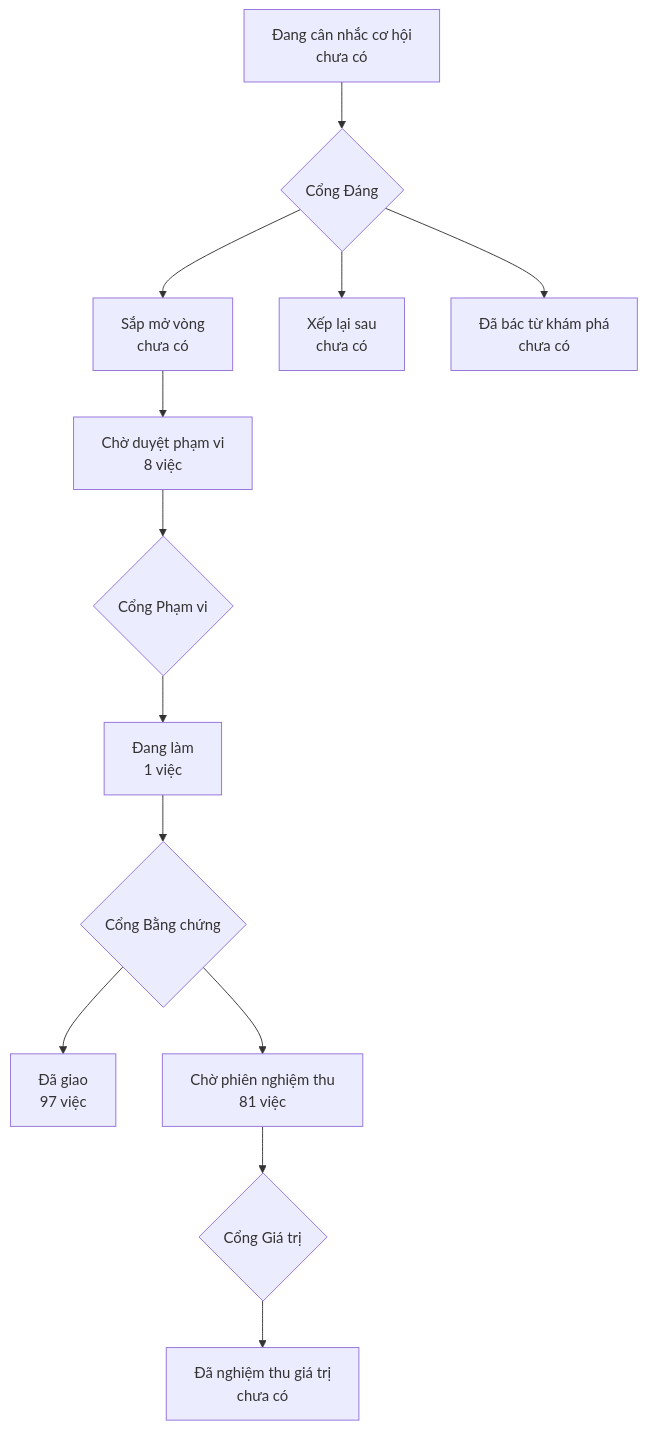
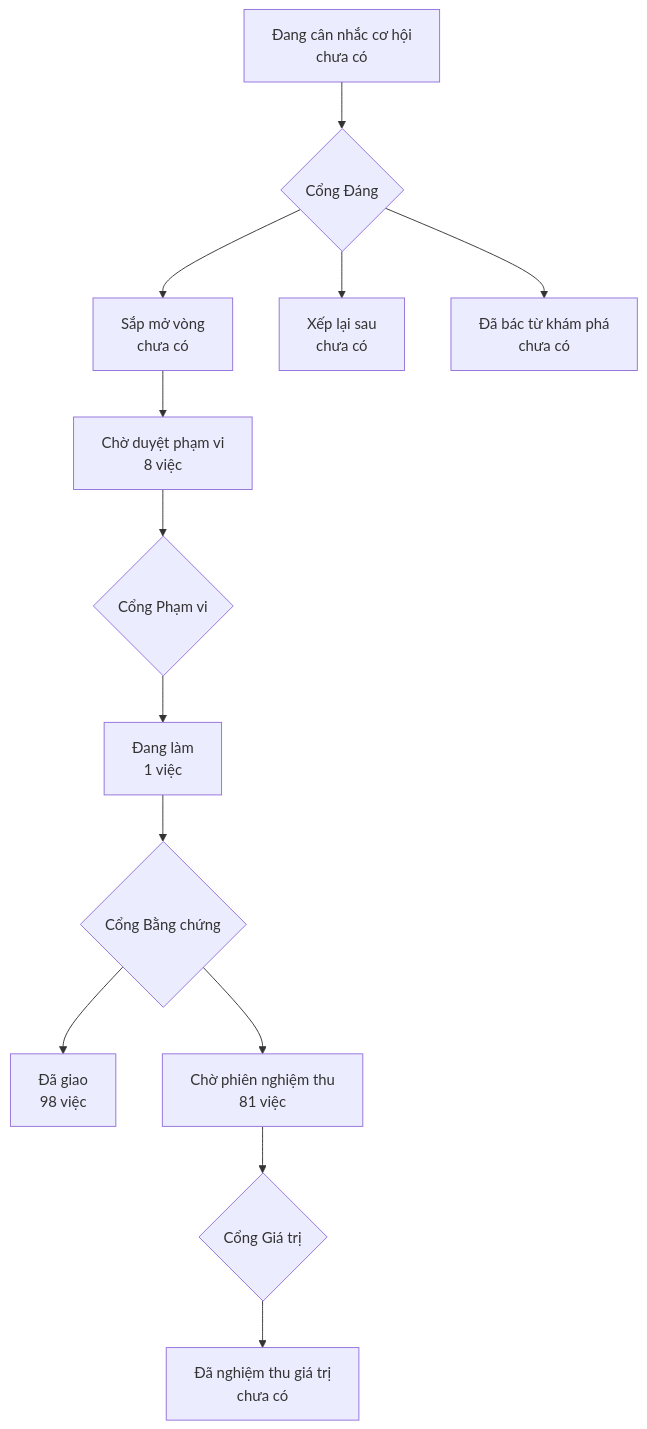
One commit to phanlemanh/onehub-invest changed the diagram in PRODUCT-MAP.md. Above: the diagram before and after it, drawn with Mermaid. The commit also changed other lines of this file and 1 other file, not shown here.

Commit message:
chore(acceptance): vẽ lại bản đồ sau gộp main

````diff
--- a/PRODUCT-MAP.md
+++ b/PRODUCT-MAP.md
@@ -7,12 +7,12 @@
 ```mermaid
 flowchart TD
   A["Đang cân nhắc cơ hội<br/>chưa có"] --> GD{"Cổng Đáng"}
   GD --> B["Sắp mở vòng<br/>chưa có"]
   GD --> XL["Xếp lại sau<br/>chưa có"]
   GD --> DB["Đã bác từ khám phá<br/>chưa có"]
   B --> CD["Chờ duyệt phạm vi<br/>8 việc"] --> GP{"Cổng Phạm vi"}
   GP --> DL["Đang làm<br/>1 việc"] --> GB{"Cổng Bằng chứng"}
-  GB --> DG["Đã giao<br/>97 việc"]
+  GB --> DG["Đã giao<br/>98 việc"]
   GB --> CN["Chờ phiên nghiệm thu<br/>81 việc"] --> GG{"Cổng Giá trị"}
   GG --> NT["Đã nghiệm thu giá trị<br/>chưa có"]
 ```
````
